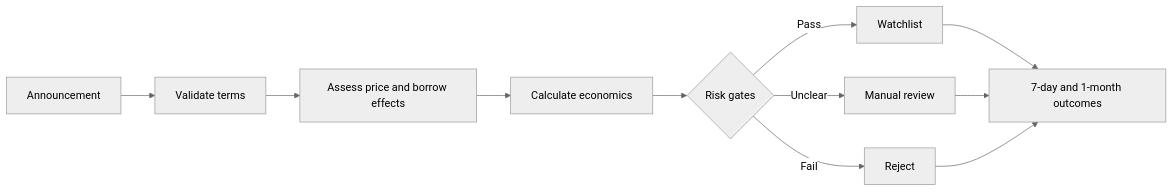
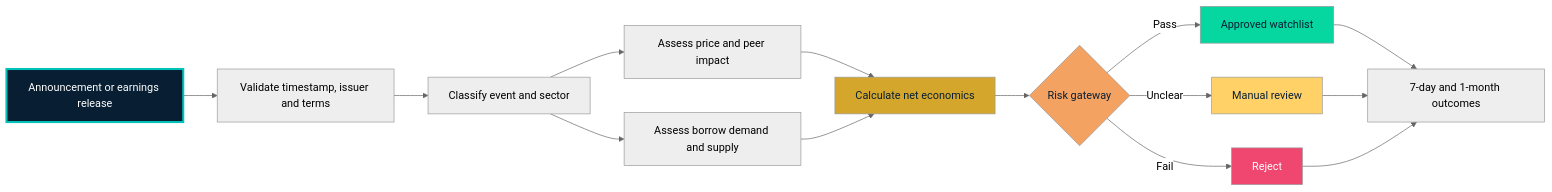
The first of 7 diagrams in 03-event-driven/corporate-actions-borrow-rv-monitor/README.md (MelQuantLab/quant-lab), drawn with Mermaid (neutral theme) before and after one commit. The commit also changed other lines of this file and 3 other files, not shown here.

````diff
--- a/03-event-driven/corporate-actions-borrow-rv-monitor/README.md
+++ b/03-event-driven/corporate-actions-borrow-rv-monitor/README.md
@@ -30,13 +45,23 @@
 ```mermaid
 flowchart LR
-    A[Announcement] --> B[Validate terms]
-    B --> C[Assess price and borrow effects]
-    C --> D[Calculate economics]
-    D --> E{Risk gates}
-    E -->|Pass| F[Watchlist]
-    E -->|Unclear| G[Manual review]
-    E -->|Fail| H[Reject]
-    F --> I[7-day and 1-month outcomes]
-    G --> I
-    H --> I
+    A[Announcement or earnings release] --> B[Validate timestamp, issuer and terms]
+    B --> C[Classify event and sector]
+    C --> D[Assess price and peer impact]
+    C --> E[Assess borrow demand and supply]
+    D --> F[Calculate net economics]
+    E --> F
+    F --> G{Risk gateway}
+    G -->|Pass| H[Approved watchlist]
+    G -->|Unclear| I[Manual review]
+    G -->|Fail| J[Reject]
+    H --> K[7-day and 1-month outcomes]
+    I --> K
+    J --> K
+
+    style A fill:#071E33,color:#FFFFFF,stroke:#00C2B8,stroke-width:3px
+    style F fill:#D4A72C,color:#071E33
+    style G fill:#F4A261,color:#071E33
+    style H fill:#06D6A0,color:#071E33
+    style I fill:#FFD166,color:#071E33
+    style J fill:#EF476F,color:#FFFFFF
 ```
````
